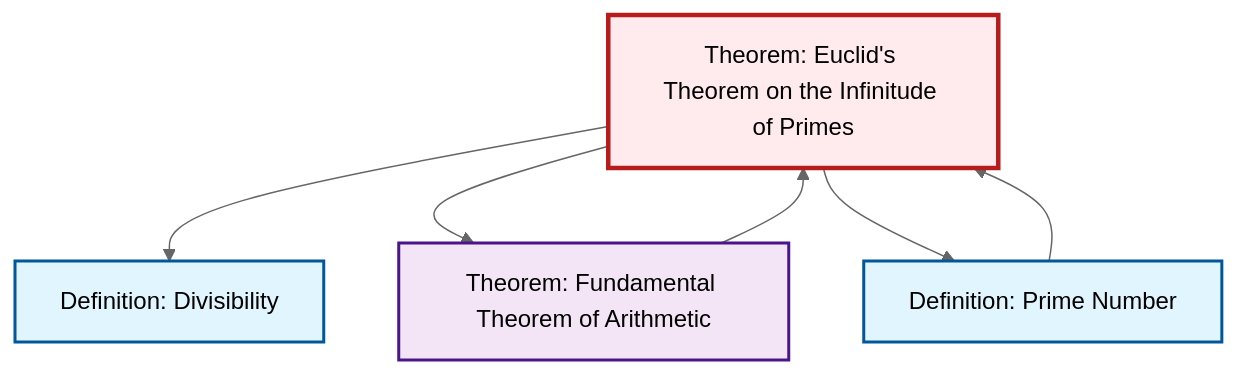
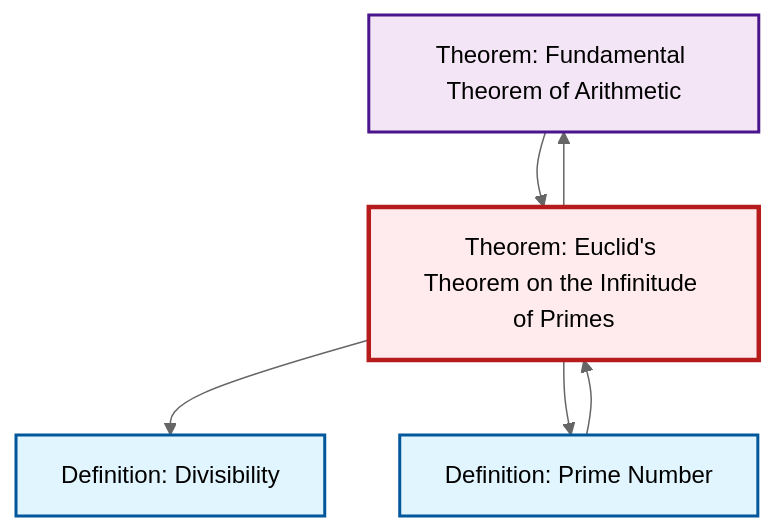
One commit to RK0429/ModernMath changed the diagram in content/en/number-theory/thm-euclid-infinitude-primes.qmd. Above: the diagram before and after it, drawn with Mermaid (neutral theme). The commit also changed other lines of this file and 672 other files, not shown here.

````diff
--- a/content/en/number-theory/thm-euclid-infinitude-primes.qmd
+++ b/content/en/number-theory/thm-euclid-infinitude-primes.qmd
@@ -94,22 +94,22 @@
 ```{mermaid}
 %%| fig-cap: "Local dependency graph"
 graph TD
     classDef definition fill:#e1f5fe,stroke:#01579b,stroke-width:2px
     classDef theorem fill:#f3e5f5,stroke:#4a148c,stroke-width:2px
     classDef axiom fill:#fff3e0,stroke:#e65100,stroke-width:2px
     classDef example fill:#e8f5e9,stroke:#1b5e20,stroke-width:2px
     classDef current fill:#ffebee,stroke:#b71c1c,stroke-width:3px
+    thm-fundamental-arithmetic["Theorem: Fundamental Theorem of Arithmetic"]:::theorem
     thm-euclid-infinitude-primes["Theorem: Euclid's Theorem on the Infinitude of Primes"]:::theorem
+    def-divisibility["Definition: Divisibility"]:::definition
     def-prime["Definition: Prime Number"]:::definition
-    def-divisibility["Definition: Divisibility"]:::definition
-    thm-fundamental-arithmetic["Theorem: Fundamental Theorem of Arithmetic"]:::theorem
+    thm-euclid-infinitude-primes --> thm-fundamental-arithmetic
     thm-euclid-infinitude-primes --> def-divisibility
+    thm-euclid-infinitude-primes --> def-prime
     def-prime --> thm-euclid-infinitude-primes
     thm-fundamental-arithmetic --> thm-euclid-infinitude-primes
-    thm-euclid-infinitude-primes --> thm-fundamental-arithmetic
-    thm-euclid-infinitude-primes --> def-prime
     class thm-euclid-infinitude-primes current
+    click thm-fundamental-arithmetic "thm-fundamental-arithmetic.html" "Go to Fundamental Theorem of Arithmetic theorem"
+    click def-divisibility "def-divisibility.html" "Go to Divisibility definition"
     click def-prime "def-prime.html" "Go to Prime Number definition"
-    click def-divisibility "def-divisibility.html" "Go to Divisibility definition"
-    click thm-fundamental-arithmetic "thm-fundamental-arithmetic.html" "Go to Fundamental Theorem of Arithmetic theorem"
 ```
````
